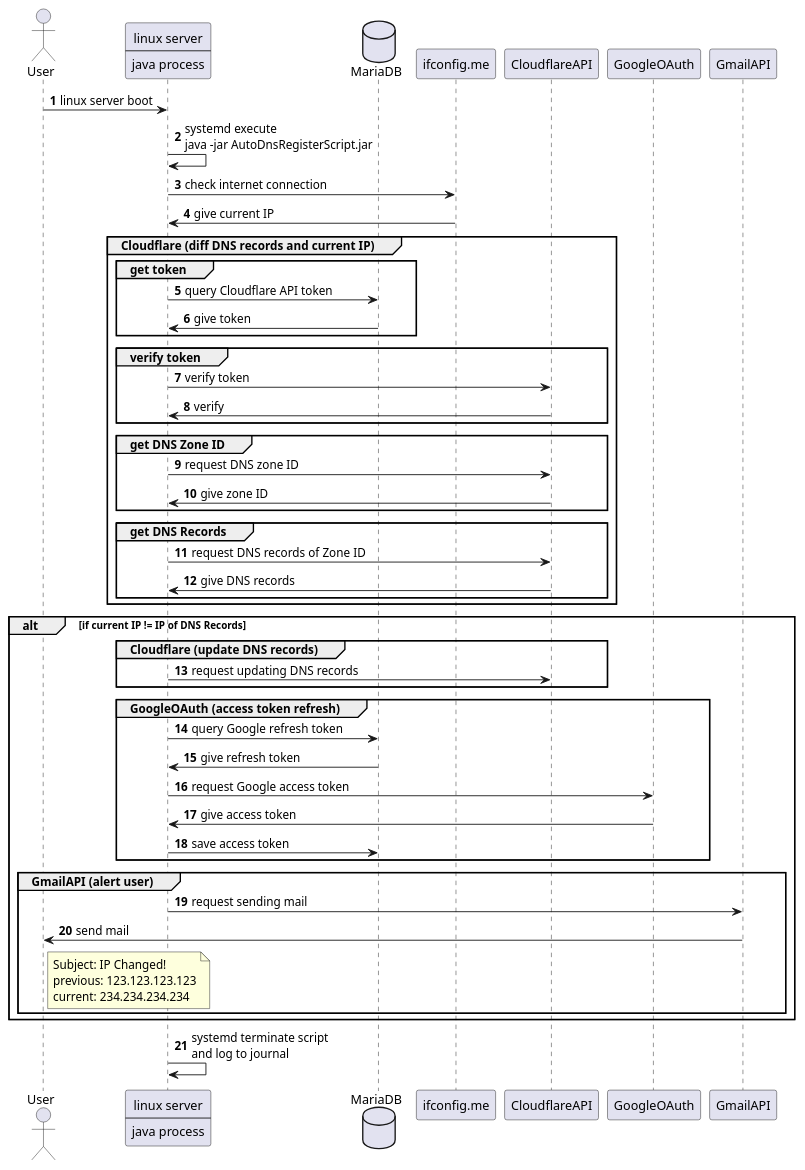
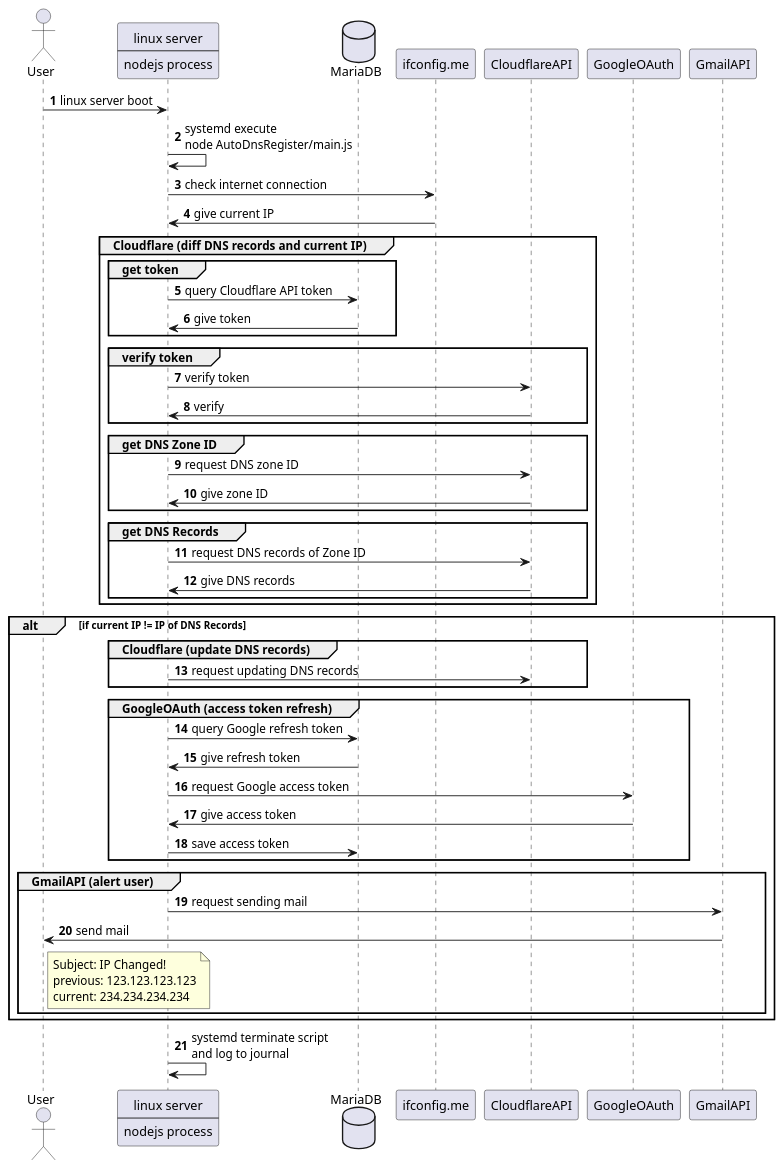
The diagram in docs/AutoDnsRegisterScript.pu (HanWool-Jeong/AutoDnsRegister), drawn with PlantUML before and after one commit. The commit also changed 1 other file, not shown here.

Commit message:
plantuml 수정

```diff
--- a/docs/AutoDnsRegisterScript.pu
+++ b/docs/AutoDnsRegisterScript.pu
@@ -1,68 +1,68 @@
 @startuml AutoDnsRegisterScript
 
   autonumber
 
   actor User
   participant Server [
     linux server
     ----
-    java process
+    nodejs process
   ]
   database MariaDB
   participant ifconfig.me
   participant CloudflareAPI
   participant GoogleOAuth
   participant GmailAPI
 
   User -> Server : linux server boot
-  Server -> Server : systemd execute\njava -jar AutoDnsRegisterScript.jar
+  Server -> Server : systemd execute\nnode AutoDnsRegister/main.js
   Server -> ifconfig.me : check internet connection
   ifconfig.me -> Server : give current IP
 
   group Cloudflare (diff DNS records and current IP)
     group get token
       Server -> MariaDB : query Cloudflare API token
       MariaDB -> Server : give token
     end group
 
     group verify token
       Server -> CloudflareAPI : verify token
       CloudflareAPI -> Server : verify
     end group 
 
     group get DNS Zone ID
       Server -> CloudflareAPI : request DNS zone ID
       CloudflareAPI -> Server : give zone ID
     end group
 
     group get DNS Records
       Server -> CloudflareAPI : request DNS records of Zone ID
       CloudflareAPI -> Server : give DNS records
     end group
   end group
   
   alt if current IP != IP of DNS Records
 
     group Cloudflare (update DNS records)
       Server -> CloudflareAPI : request updating DNS records
     end group
 
     group GoogleOAuth (access token refresh)
       Server -> MariaDB : query Google refresh token
       MariaDB -> Server : give refresh token
       Server -> GoogleOAuth : request Google access token
       GoogleOAuth -> Server : give access token
       Server -> MariaDB : save access token
     end group
 
     group GmailAPI (alert user)
       Server -> GmailAPI : request sending mail
       GmailAPI -> User : send mail
       note right User : Subject: IP Changed!\nprevious: 123.123.123.123\ncurrent: 234.234.234.234
     end group
 
   end alt
 
   Server -> Server : systemd terminate script\nand log to journal
 
 @enduml
```
